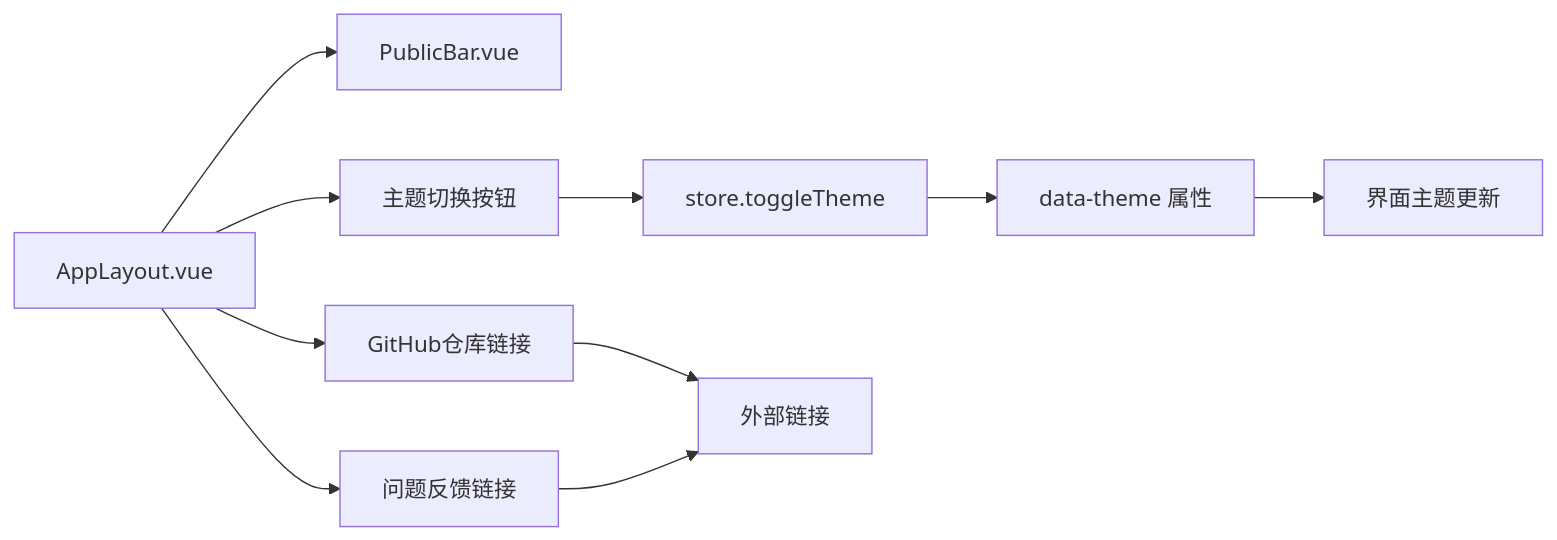
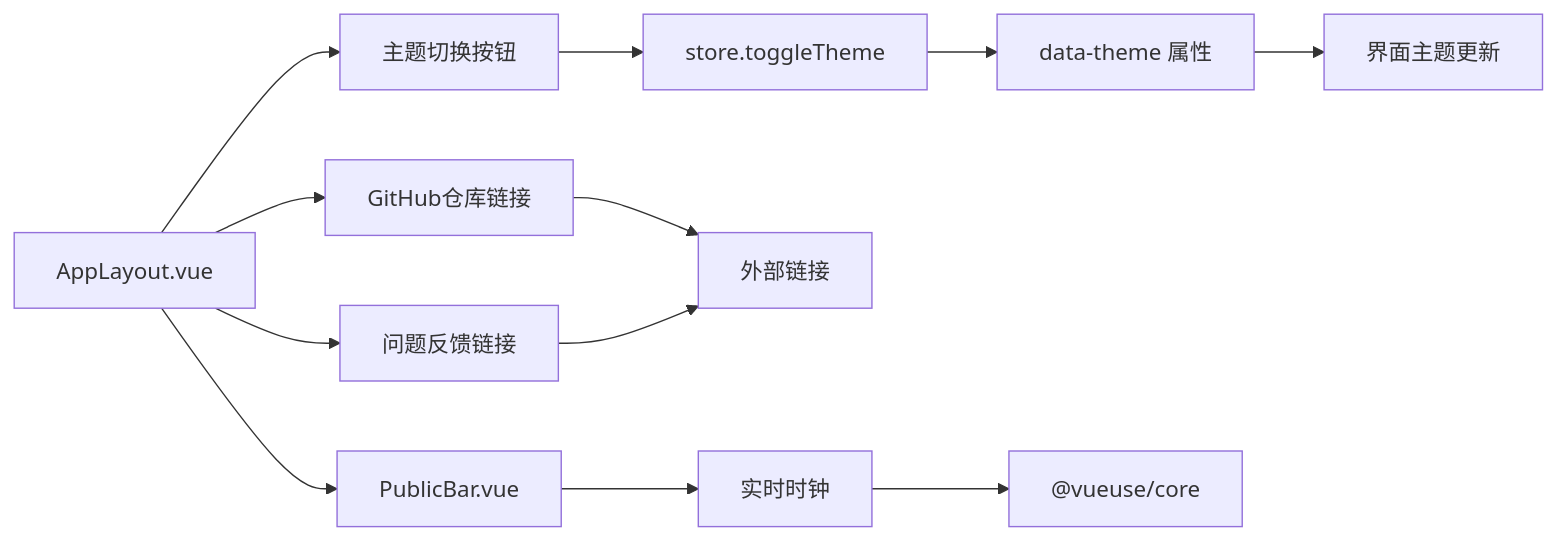
Before and after one commit to taoweidong/Hello-Tauri: the sixth of 7 diagrams in .qoder/repowiki/zh/content/用户界面/核心组件/公共栏组件.md, drawn with Mermaid. The commit also changed other lines of this file and 119 other files, not shown here.

````diff
--- a/.qoder/repowiki/zh/content/用户界面/核心组件/公共栏组件.md
+++ b/.qoder/repowiki/zh/content/用户界面/核心组件/公共栏组件.md
@@ -237,12 +255,14 @@
 ```mermaid
 graph LR
 AL["AppLayout.vue"] --> PB["PublicBar.vue"]
 AL --> TH["主题切换按钮"]
 AL --> GH["GitHub仓库链接"]
 AL --> IF["问题反馈链接"]
 TH --> ST["store.toggleTheme"]
 ST --> DS["data-theme 属性"]
 DS --> UI["界面主题更新"]
 GH --> EXT["外部链接"]
 IF --> EXT
+PB --> CLK["实时时钟"]
+CLK --> VU["@vueuse/core"]
 ```
````
